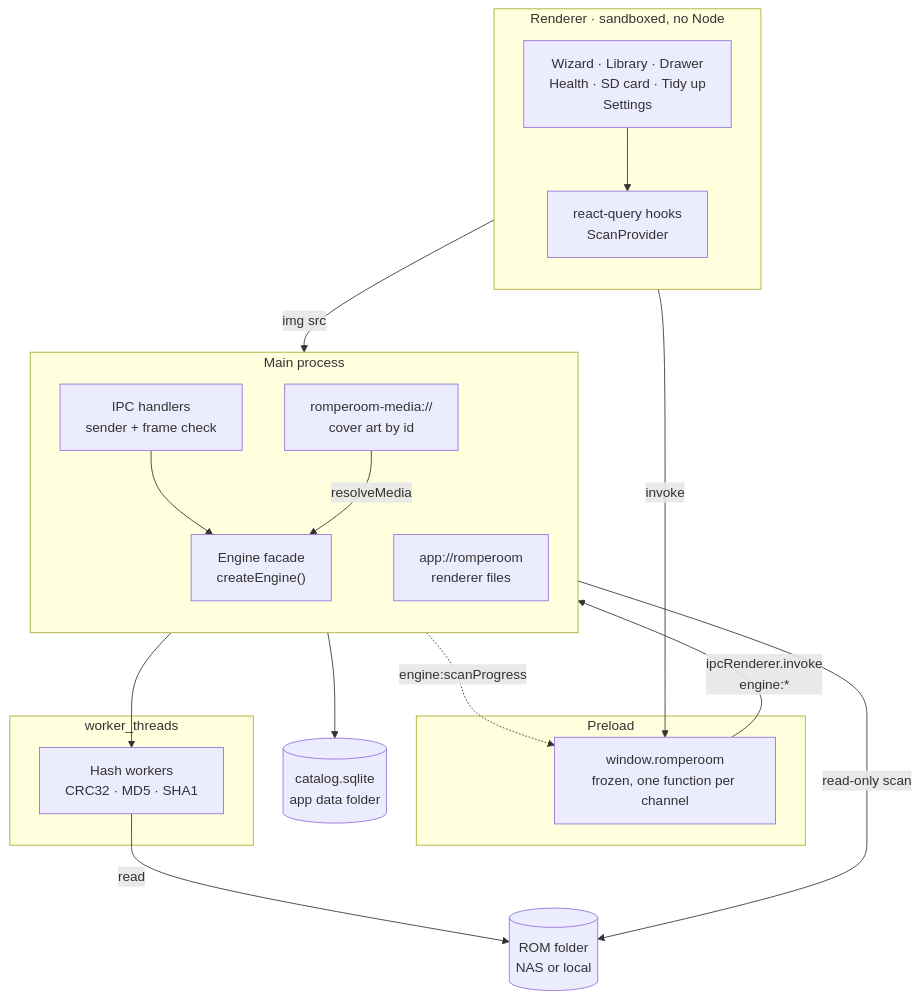
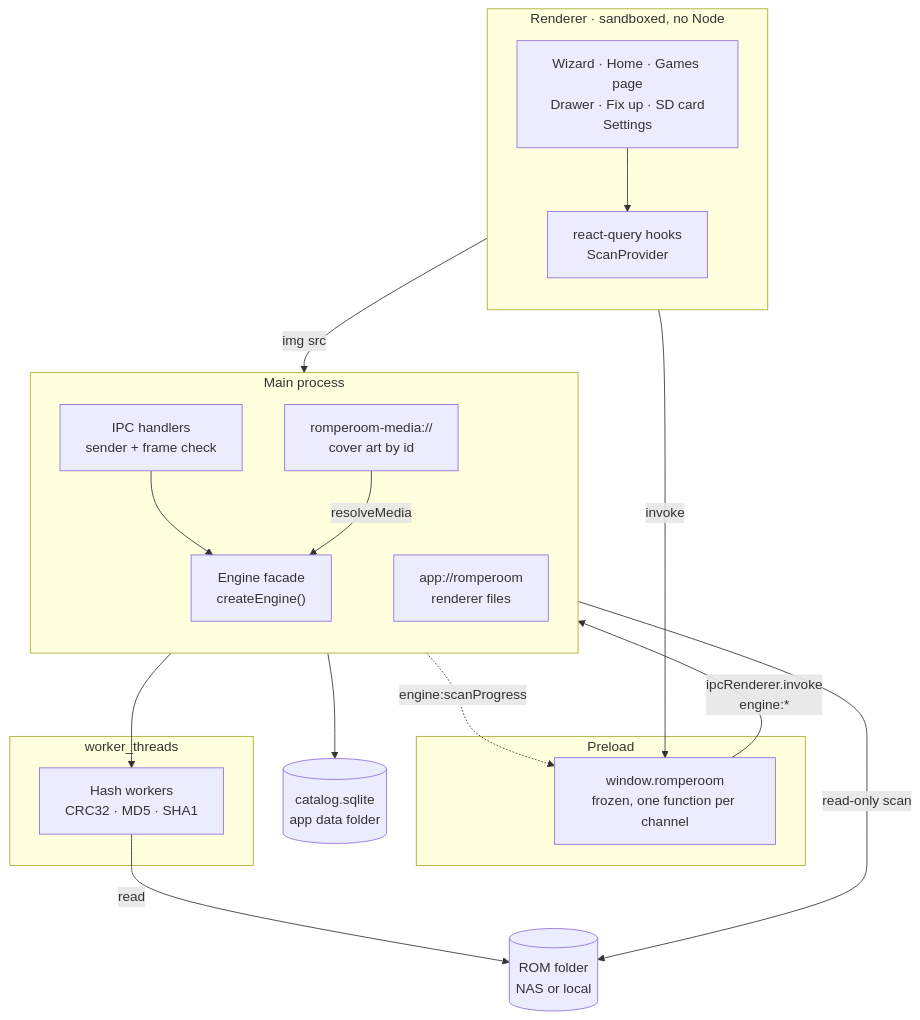
Before and after one commit to MakerCorn/romperoom-releases: the first of 18 diagrams in docs/architecture.md, drawn with Mermaid. The commit also changed other lines of this file and 98 other files, not shown here.

````diff
--- a/docs/architecture.md
+++ b/docs/architecture.md
@@ -18,35 +18,35 @@
 ```mermaid
 flowchart TB
   subgraph renderer["Renderer · sandboxed, no Node"]
     direction TB
-    Screens["Wizard · Library · Drawer<br/>Health · SD card · Tidy up<br/>Settings"]
+    Screens["Wizard · Home · Games page<br/>Drawer · Fix up · SD card<br/>Settings"]
     Hooks["react-query hooks<br/>ScanProvider"]
     Screens --> Hooks
   end
   subgraph preload["Preload"]
     Bridge["window.romperoom<br/>frozen, one function per channel"]
   end
   subgraph main["Main process"]
     direction TB
     Handlers["IPC handlers<br/>sender + frame check"]
     AppProto["app://romperoom<br/>renderer files"]
     MediaProto["romperoom-media://<br/>cover art by id"]
     Engine["Engine facade<br/>createEngine()"]
     Handlers --> Engine
     MediaProto -->|resolveMedia| Engine
   end
   subgraph workers["worker_threads"]
     Pool["Hash workers<br/>CRC32 · MD5 · SHA1"]
   end
   DB[("catalog.sqlite<br/>app data folder")]
   Lib[("ROM folder<br/>NAS or local")]
 
   Hooks -->|invoke| Bridge
   Bridge -->|"ipcRenderer.invoke<br/>engine:*"| Handlers
   Handlers -.->|"engine:scanProgress"| Bridge
   Screens -->|img src| MediaProto
   Engine --> DB
   Engine --> Pool
   Engine -->|read-only scan| Lib
   Pool -->|read| Lib
 ```
````
